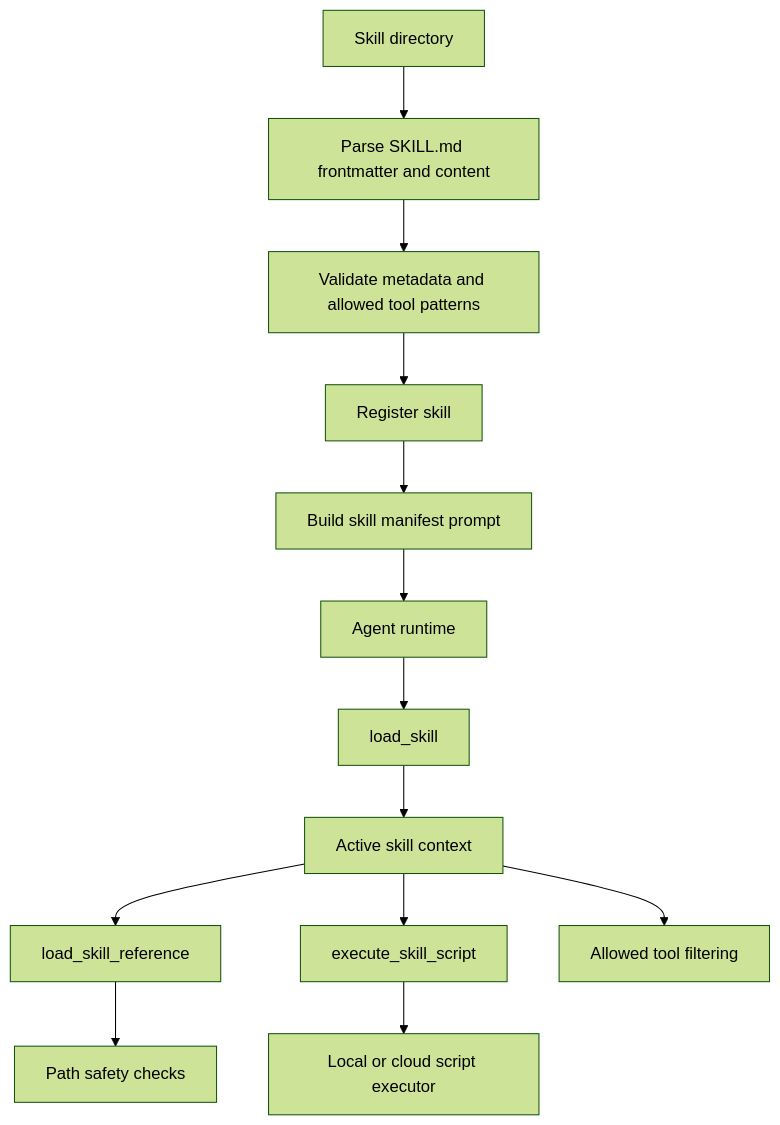
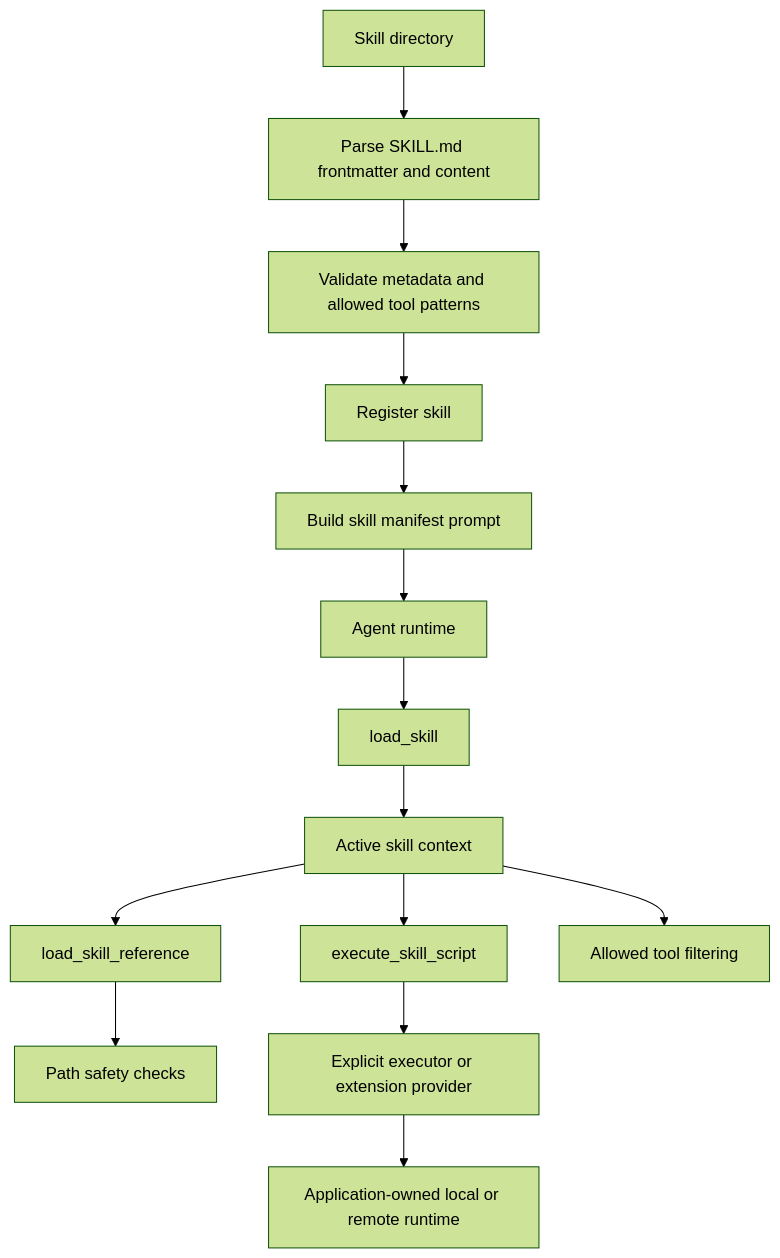
One commit to veryfront/veryfront-code changed the third of 3 diagrams in docs/architecture/05-agent-runtime.md. Above: the diagram before and after it, drawn with Mermaid (forest theme). The commit also changed other lines of this file and 9 other files, not shown here.

Commit message:
fix(skill): require explicit script execution authority

````diff
--- a/docs/architecture/05-agent-runtime.md
+++ b/docs/architecture/05-agent-runtime.md
@@ -166,15 +166,16 @@
 ```mermaid
 flowchart TD
   skillDir[Skill directory] --> parse[Parse SKILL.md frontmatter and content]
   parse --> validate[Validate metadata and allowed tool patterns]
   validate --> registry[Register skill]
   registry --> manifest[Build skill manifest prompt]
   manifest --> agent[Agent runtime]
   agent --> load[load_skill]
   load --> active[Active skill context]
   active --> reference[load_skill_reference]
   active --> script[execute_skill_script]
   active --> filter[Allowed tool filtering]
   reference --> safety[Path safety checks]
-  script --> executor[Local or cloud script executor]
+  script --> authority[Explicit executor or extension provider]
+  authority --> runtime[Application-owned local or remote runtime]
 ```
````
